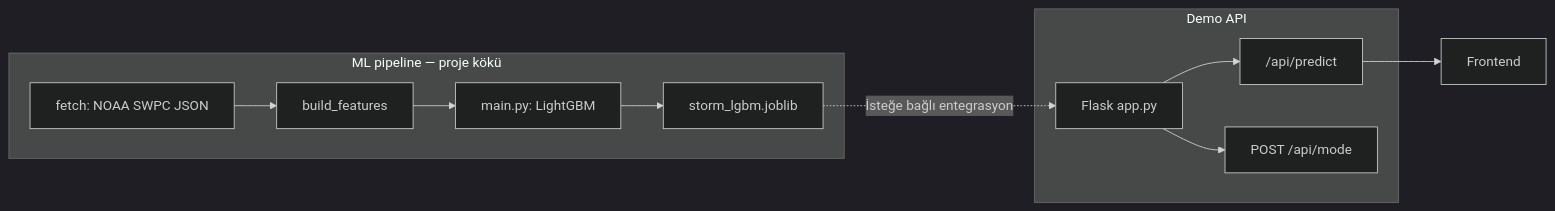
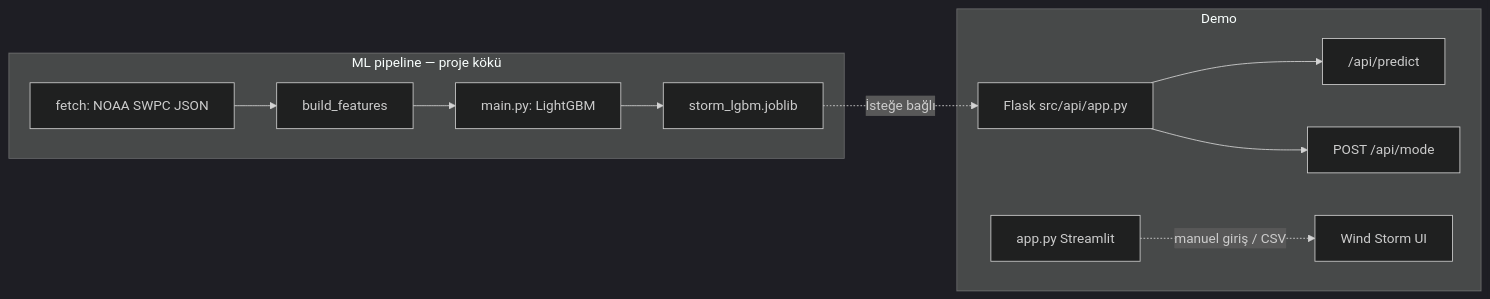
One commit to kucukogul/perihelion.ai changed the diagram in README.md. Above: the diagram before and after it, drawn with Mermaid (dark theme). The commit also changed other lines of this file, not shown here.

First line of the commit message:
docs: align README with Streamlit UI and removed frontend

````diff
--- a/README.md
+++ b/README.md
@@ -22,14 +23,14 @@
 ```mermaid
 flowchart LR
   subgraph pipeline [ML pipeline — proje kökü]
     A[fetch: NOAA SWPC JSON] --> B[build_features]
     B --> C[main.py: LightGBM]
     C --> D[storm_lgbm.joblib]
   end
-  subgraph demo [Demo API]
-    E[Flask app.py] --> F["/api/predict"]
+  subgraph demo [Demo]
+    E[Flask src/api/app.py] --> F["/api/predict"]
     E --> G["POST /api/mode"]
+    S[app.py Streamlit] -.->|manuel giriş / CSV| T[Wind Storm UI]
   end
-  D -.->|İsteğe bağlı entegrasyon| E
-  F --> H[Frontend]
+  D -.->|İsteğe bağlı| E
 ```
````
